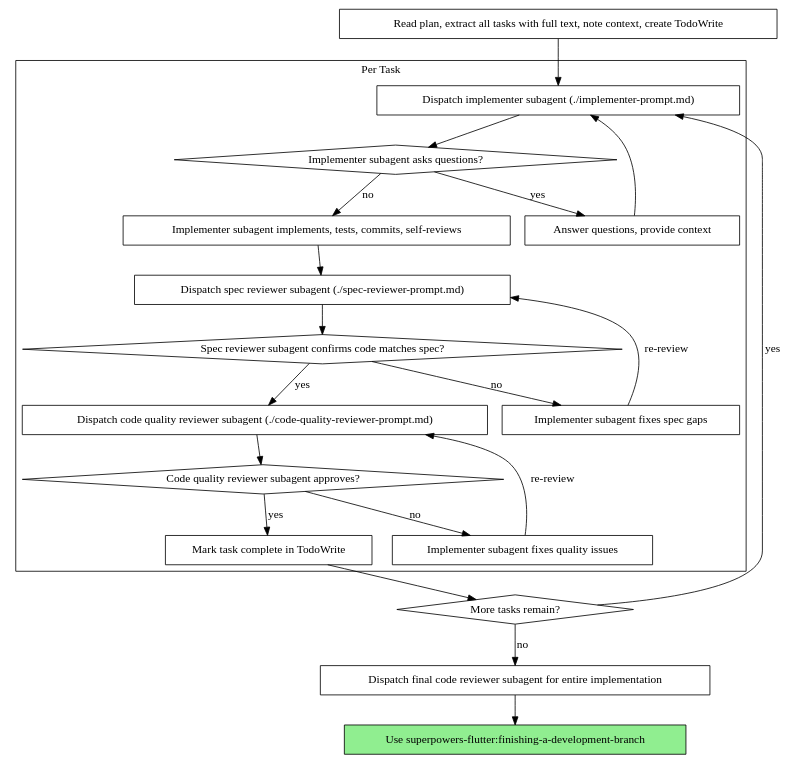
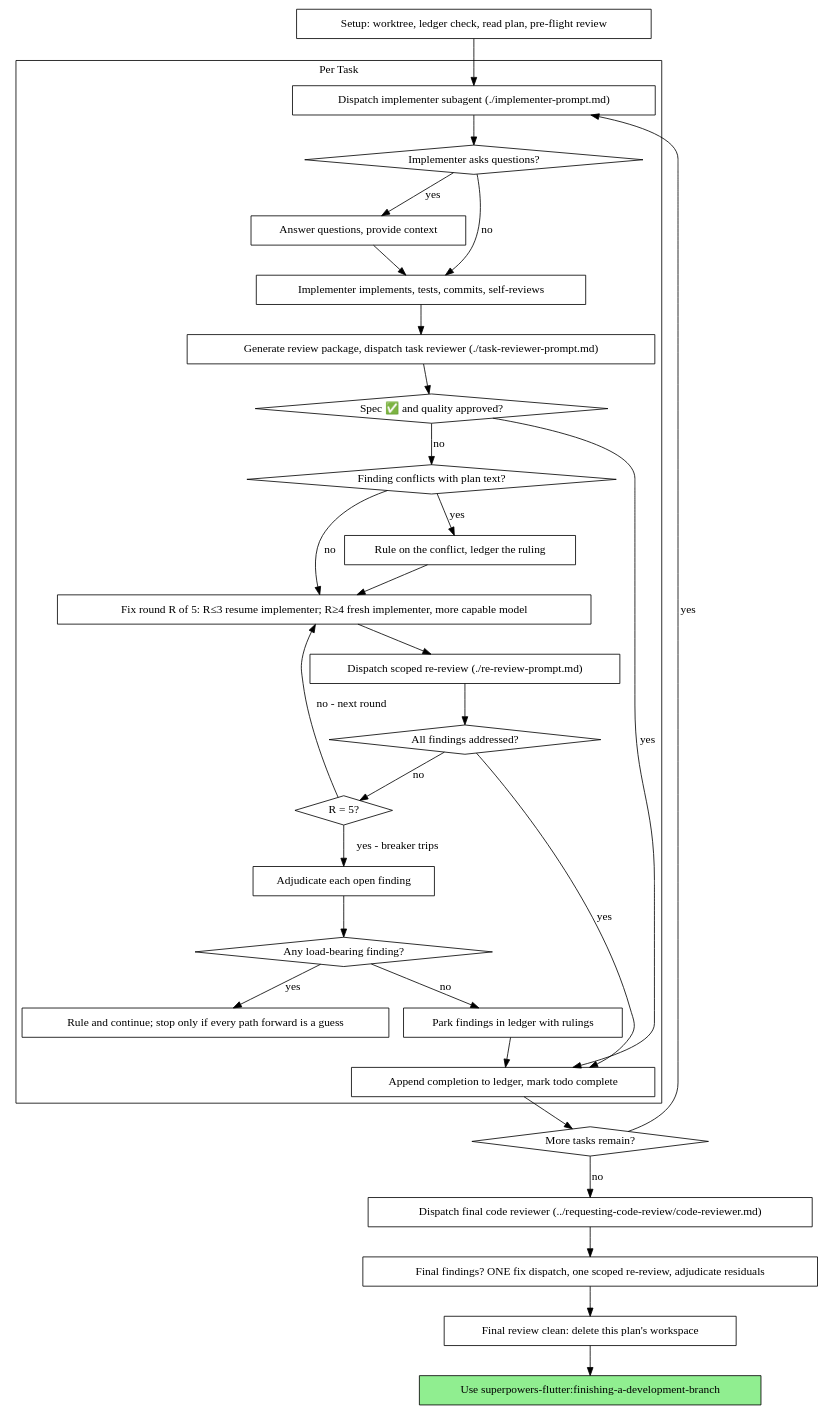
One commit to sgruhier/superpowers-flutter changed the second of 2 diagrams in skills/subagent-driven-development/SKILL.md. Above: the diagram before and after it, drawn with Graphviz. The commit also changed other lines of this file and 50 other files, not shown here.

````diff
--- a/skills/subagent-driven-development/SKILL.md
+++ b/skills/subagent-driven-development/SKILL.md
@@ -42,44 +61,62 @@
 ```dot
 digraph process {
     rankdir=TB;
 
     subgraph cluster_per_task {
         label="Per Task";
         "Dispatch implementer subagent (./implementer-prompt.md)" [shape=box];
-        "Implementer subagent asks questions?" [shape=diamond];
+        "Implementer asks questions?" [shape=diamond];
         "Answer questions, provide context" [shape=box];
-        "Implementer subagent implements, tests, commits, self-reviews" [shape=box];
-        "Dispatch spec reviewer subagent (./spec-reviewer-prompt.md)" [shape=box];
-        "Spec reviewer subagent confirms code matches spec?" [shape=diamond];
-        "Implementer subagent fixes spec gaps" [shape=box];
-        "Dispatch code quality reviewer subagent (./code-quality-reviewer-prompt.md)" [shape=box];
-        "Code quality reviewer subagent approves?" [shape=diamond];
-        "Implementer subagent fixes quality issues" [shape=box];
-        "Mark task complete in TodoWrite" [shape=box];
+        "Implementer implements, tests, commits, self-reviews" [shape=box];
+        "Generate review package, dispatch task reviewer (./task-reviewer-prompt.md)" [shape=box];
+        "Spec ✅ and quality approved?" [shape=diamond];
+        "Finding conflicts with plan text?" [shape=diamond];
+        "Rule on the conflict, ledger the ruling" [shape=box];
+        "Fix round R of 5: R≤3 resume implementer; R≥4 fresh implementer, more capable model" [shape=box];
+        "Dispatch scoped re-review (./re-review-prompt.md)" [shape=box];
+        "All findings addressed?" [shape=diamond];
+        "R = 5?" [shape=diamond];
+        "Adjudicate each open finding" [shape=box];
+        "Any load-bearing finding?" [shape=diamond];
+        "Rule and continue; stop only if every path forward is a guess" [shape=box];
+        "Park findings in ledger with rulings" [shape=box];
+        "Append completion to ledger, mark todo complete" [shape=box];
     }
 
-    "Read plan, extract all tasks with full text, note context, create TodoWrite" [shape=box];
+    "Setup: worktree, ledger check, read plan, pre-flight review" [shape=box];
     "More tasks remain?" [shape=diamond];
-    "Dispatch final code reviewer subagent for entire implementation" [shape=box];
+    "Dispatch final code reviewer (../requesting-code-review/code-reviewer.md)" [shape=box];
+    "Final findings? ONE fix dispatch, one scoped re-review, adjudicate residuals" [shape=box];
+    "Final review clean: delete this plan's workspace" [shape=box];
     "Use superpowers-flutter:finishing-a-development-branch" [shape=box style=filled fillcolor=lightgreen];
 
-    "Read plan, extract all tasks with full text, note context, create TodoWrite" -> "Dispatch implementer subagent (./implementer-prompt.md)";
-    "Dispatch implementer subagent (./implementer-prompt.md)" -> "Implementer subagent asks questions?";
-    "Implementer subagent asks questions?" -> "Answer questions, provide context" [label="yes"];
-    "Answer questions, provide context" -> "Dispatch implementer subagent (./implementer-prompt.md)";
-    "Implementer subagent asks questions?" -> "Implementer subagent implements, tests, commits, self-reviews" [label="no"];
-    "Implementer subagent implements, tests, commits, self-reviews" -> "Dispatch spec reviewer subagent (./spec-reviewer-prompt.md)";
-    "Dispatch spec reviewer subagent (./spec-reviewer-prompt.md)" -> "Spec reviewer subagent confirms code matches spec?";
-    "Spec reviewer subagent confirms code matches spec?" -> "Implementer subagent fixes spec gaps" [label="no"];
-    "Implementer subagent fixes spec gaps" -> "Dispatch spec reviewer subagent (./spec-reviewer-prompt.md)" [label="re-review"];
-    "Spec reviewer subagent confirms code matches spec?" -> "Dispatch code quality reviewer subagent (./code-quality-reviewer-prompt.md)" [label="yes"];
-    "Dispatch code quality reviewer subagent (./code-quality-reviewer-prompt.md)" -> "Code quality reviewer subagent approves?";
-    "Code quality reviewer subagent approves?" -> "Implementer subagent fixes quality issues" [label="no"];
-    "Implementer subagent fixes quality issues" -> "Dispatch code quality reviewer subagent (./code-quality-reviewer-prompt.md)" [label="re-review"];
-    "Code quality reviewer subagent approves?" -> "Mark task complete in TodoWrite" [label="yes"];
-    "Mark task complete in TodoWrite" -> "More tasks remain?";
+    "Setup: worktree, ledger check, read plan, pre-flight review" -> "Dispatch implementer subagent (./implementer-prompt.md)";
+    "Dispatch implementer subagent (./implementer-prompt.md)" -> "Implementer asks questions?";
+    "Implementer asks questions?" -> "Answer questions, provide context" [label="yes"];
+    "Answer questions, provide context" -> "Implementer implements, tests, commits, self-reviews";
+    "Implementer asks questions?" -> "Implementer implements, tests, commits, self-reviews" [label="no"];
+    "Implementer implements, tests, commits, self-reviews" -> "Generate review package, dispatch task reviewer (./task-reviewer-prompt.md)";
+    "Generate review package, dispatch task reviewer (./task-reviewer-prompt.md)" -> "Spec ✅ and quality approved?";
+    "Spec ✅ and quality approved?" -> "Append completion to ledger, mark todo complete" [label="yes"];
+    "Spec ✅ and quality approved?" -> "Finding conflicts with plan text?" [label="no"];
+    "Finding conflicts with plan text?" -> "Rule on the conflict, ledger the ruling" [label="yes"];
+    "Rule on the conflict, ledger the ruling" -> "Fix round R of 5: R≤3 resume implementer; R≥4 fresh implementer, more capable model";
+    "Finding conflicts with plan text?" -> "Fix round R of 5: R≤3 resume implementer; R≥4 fresh implementer, more capable model" [label="no"];
+    "Fix round R of 5: R≤3 resume implementer; R≥4 fresh implementer, more capable model" -> "Dispatch scoped re-review (./re-review-prompt.md)";
+    "Dispatch scoped re-review (./re-review-prompt.md)" -> "All findings addressed?";
+    "All findings addressed?" -> "Append completion to ledger, mark todo complete" [label="yes"];
+    "All findings addressed?" -> "R = 5?" [label="no"];
+    "R = 5?" -> "Fix round R of 5: R≤3 resume implementer; R≥4 fresh implementer, more capable model" [label="no - next round"];
+    "R = 5?" -> "Adjudicate each open finding" [label="yes - breaker trips"];
+    "Adjudicate each open finding" -> "Any load-bearing finding?";
+    "Any load-bearing finding?" -> "Rule and continue; stop only if every path forward is a guess" [label="yes"];
+    "Any load-bearing finding?" -> "Park findings in ledger with rulings" [label="no"];
+    "Park findings in ledger with rulings" -> "Append completion to ledger, mark todo complete";
+    "Append completion to ledger, mark todo complete" -> "More tasks remain?";
     "More tasks remain?" -> "Dispatch implementer subagent (./implementer-prompt.md)" [label="yes"];
-    "More tasks remain?" -> "Dispatch final code reviewer subagent for entire implementation" [label="no"];
-    "Dispatch final code reviewer subagent for entire implementation" -> "Use superpowers-flutter:finishing-a-development-branch";
+    "More tasks remain?" -> "Dispatch final code reviewer (../requesting-code-review/code-reviewer.md)" [label="no"];
+    "Dispatch final code reviewer (../requesting-code-review/code-reviewer.md)" -> "Final findings? ONE fix dispatch, one scoped re-review, adjudicate residuals";
+    "Final findings? ONE fix dispatch, one scoped re-review, adjudicate residuals" -> "Final review clean: delete this plan's workspace";
+    "Final review clean: delete this plan's workspace" -> "Use superpowers-flutter:finishing-a-development-branch";
 }
 ```
````
